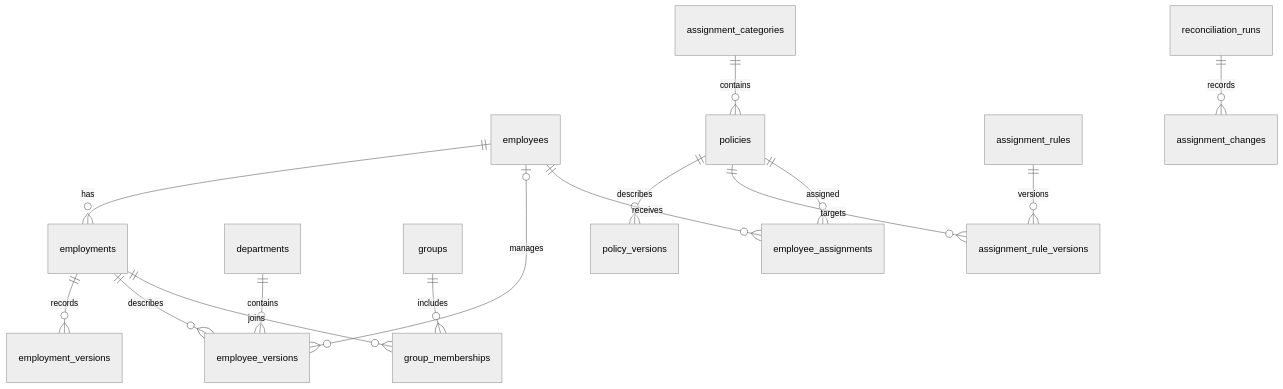
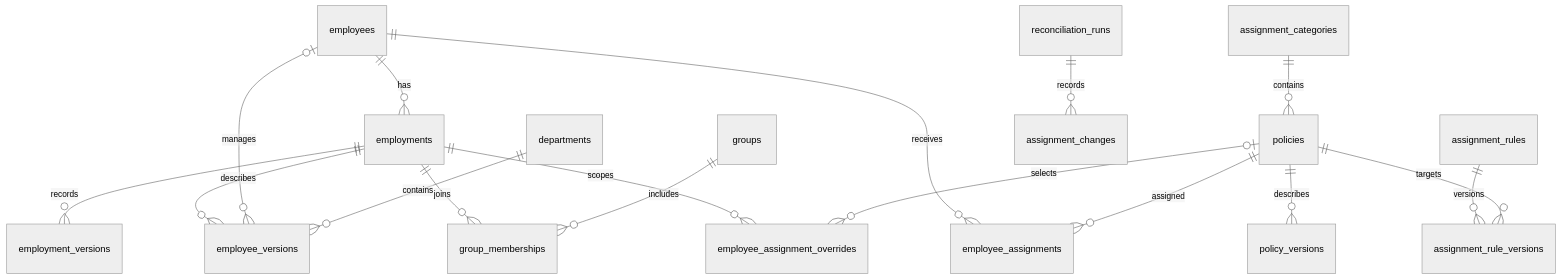
One commit to yarora21/warping changed the second of 2 diagrams in docs/architecture.md. Above: the diagram before and after it, drawn with Mermaid (neutral theme). The commit also changed other lines of this file and 14 other files, not shown here.

Commit message:
Add dated manual overrides with preview and clear assignment explanations

````diff
--- a/docs/architecture.md
+++ b/docs/architecture.md
@@ -21,17 +25,19 @@
 ```mermaid
 erDiagram
     employees ||--o{ employments : has
     employments ||--o{ employment_versions : records
     employments ||--o{ employee_versions : describes
     employees o|--o{ employee_versions : manages
     departments ||--o{ employee_versions : contains
     employments ||--o{ group_memberships : joins
     groups ||--o{ group_memberships : includes
     assignment_categories ||--o{ policies : contains
     policies ||--o{ policy_versions : describes
     assignment_rules ||--o{ assignment_rule_versions : versions
     policies ||--o{ assignment_rule_versions : targets
     employees ||--o{ employee_assignments : receives
     policies ||--o{ employee_assignments : assigned
     reconciliation_runs ||--o{ assignment_changes : records
+    employments ||--o{ employee_assignment_overrides : scopes
+    policies o|--o{ employee_assignment_overrides : selects
 ```
````
